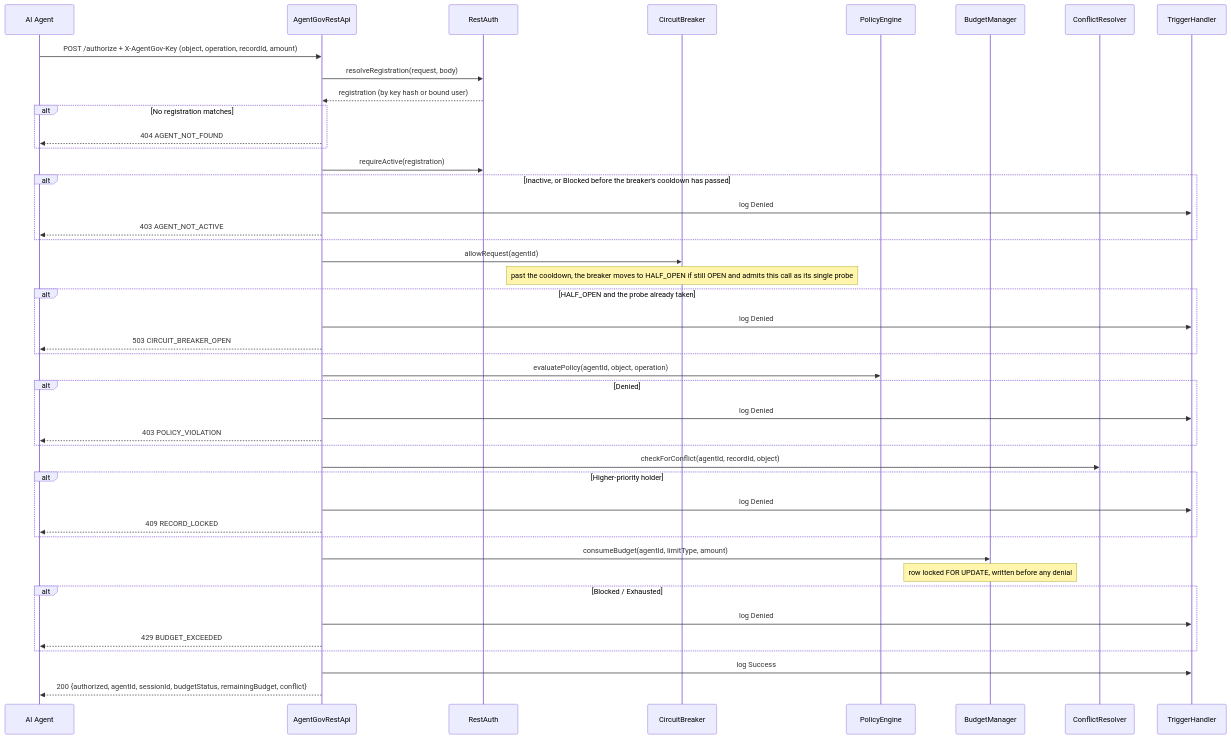
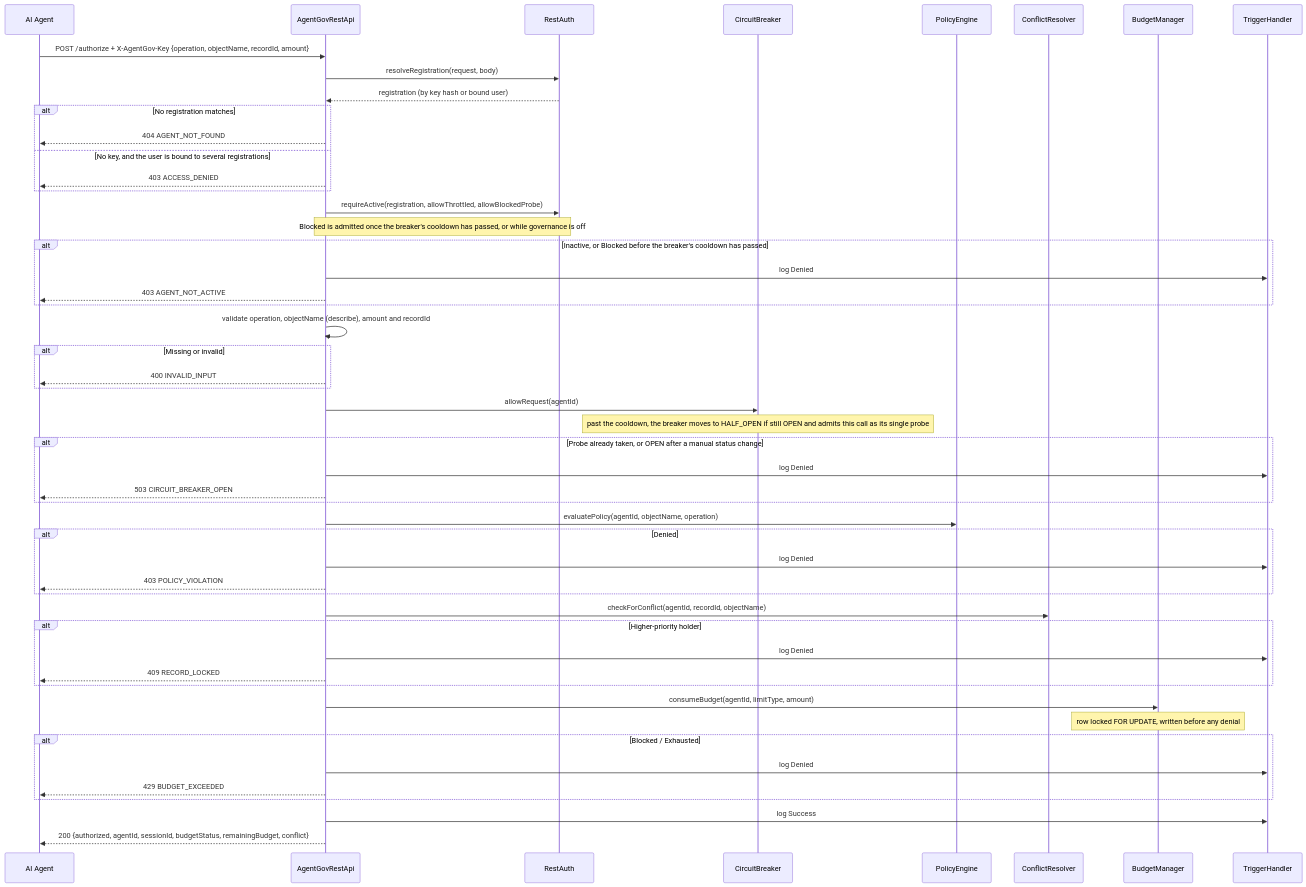
The fourth of 7 diagrams in docs/architecture.md (himanshupalerwal/salesforce-agent-governance), drawn with Mermaid before and after one commit. The commit also changed other lines of this file and 15 other files, not shown here.

````diff
--- a/docs/architecture.md
+++ b/docs/architecture.md
@@ -333,47 +336,54 @@
 ```mermaid
 sequenceDiagram
     participant Agent as AI Agent
     participant REST as AgentGovRestApi
     participant AUTH as RestAuth
     participant CB as CircuitBreaker
     participant PE as PolicyEngine
+    participant CR as ConflictResolver
     participant BM as BudgetManager
-    participant CR as ConflictResolver
     participant TH as TriggerHandler
 
-    Agent->>REST: POST /authorize + X-AgentGov-Key (object, operation, recordId, amount)
+    Agent->>REST: POST /authorize + X-AgentGov-Key {operation, objectName, recordId, amount}
     REST->>AUTH: resolveRegistration(request, body)
     AUTH-->>REST: registration (by key hash or bound user)
     alt No registration matches
         REST-->>Agent: 404 AGENT_NOT_FOUND
+    else No key, and the user is bound to several registrations
+        REST-->>Agent: 403 ACCESS_DENIED
     end
-    REST->>AUTH: requireActive(registration)
+    REST->>AUTH: requireActive(registration, allowThrottled, allowBlockedProbe)
+    Note over REST,AUTH: Blocked is admitted once the breaker's cooldown has passed, or while governance is off
     alt Inactive, or Blocked before the breaker's cooldown has passed
         REST->>TH: log Denied
         REST-->>Agent: 403 AGENT_NOT_ACTIVE
     end
+    REST->>REST: validate operation, objectName (describe), amount and recordId
+    alt Missing or invalid
+        REST-->>Agent: 400 INVALID_INPUT
+    end
     REST->>CB: allowRequest(agentId)
     Note over CB: past the cooldown, the breaker moves to HALF_OPEN if still OPEN and admits this call as its single probe
-    alt HALF_OPEN and the probe already taken
+    alt Probe already taken, or OPEN after a manual status change
         REST->>TH: log Denied
         REST-->>Agent: 503 CIRCUIT_BREAKER_OPEN
     end
-    REST->>PE: evaluatePolicy(agentId, object, operation)
+    REST->>PE: evaluatePolicy(agentId, objectName, operation)
     alt Denied
         REST->>TH: log Denied
         REST-->>Agent: 403 POLICY_VIOLATION
     end
-    REST->>CR: checkForConflict(agentId, recordId, object)
+    REST->>CR: checkForConflict(agentId, recordId, objectName)
     alt Higher-priority holder
         REST->>TH: log Denied
         REST-->>Agent: 409 RECORD_LOCKED
     end
     REST->>BM: consumeBudget(agentId, limitType, amount)
     Note over BM: row locked FOR UPDATE, written before any denial
     alt Blocked / Exhausted
         REST->>TH: log Denied
         REST-->>Agent: 429 BUDGET_EXCEEDED
     end
     REST->>TH: log Success
     REST-->>Agent: 200 {authorized, agentId, sessionId, budgetStatus, remainingBudget, conflict}
 ```
````
